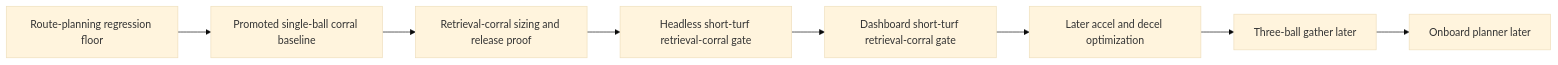
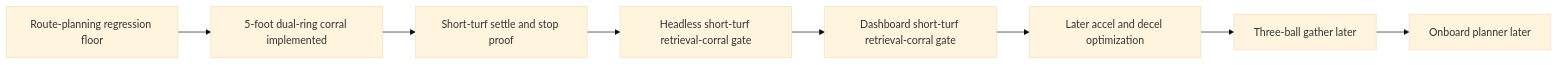
One commit to fsmalkin/chasebot changed the diagram in docs/LLM_BROWSER_UAT_PLAN.md. Above: the diagram before and after it, drawn with Mermaid (base theme). The commit also changed other lines of this file and 15 other files, not shown here.

````diff
--- a/docs/LLM_BROWSER_UAT_PLAN.md
+++ b/docs/LLM_BROWSER_UAT_PLAN.md
@@ -365,10 +368,10 @@
 ```mermaid
 flowchart LR
-    A[Route-planning regression floor] --> B[Promoted single-ball corral baseline]
-    B --> C[Retrieval-corral sizing and release proof]
+    A[Route-planning regression floor] --> B[5-foot dual-ring corral implemented]
+    B --> C[Short-turf settle and stop proof]
     C --> D[Headless short-turf retrieval-corral gate]
     D --> E[Dashboard short-turf retrieval-corral gate]
     E --> F[Later accel and decel optimization]
     F --> G[Three-ball gather later]
     G --> H[Onboard planner later]
 ```
````
